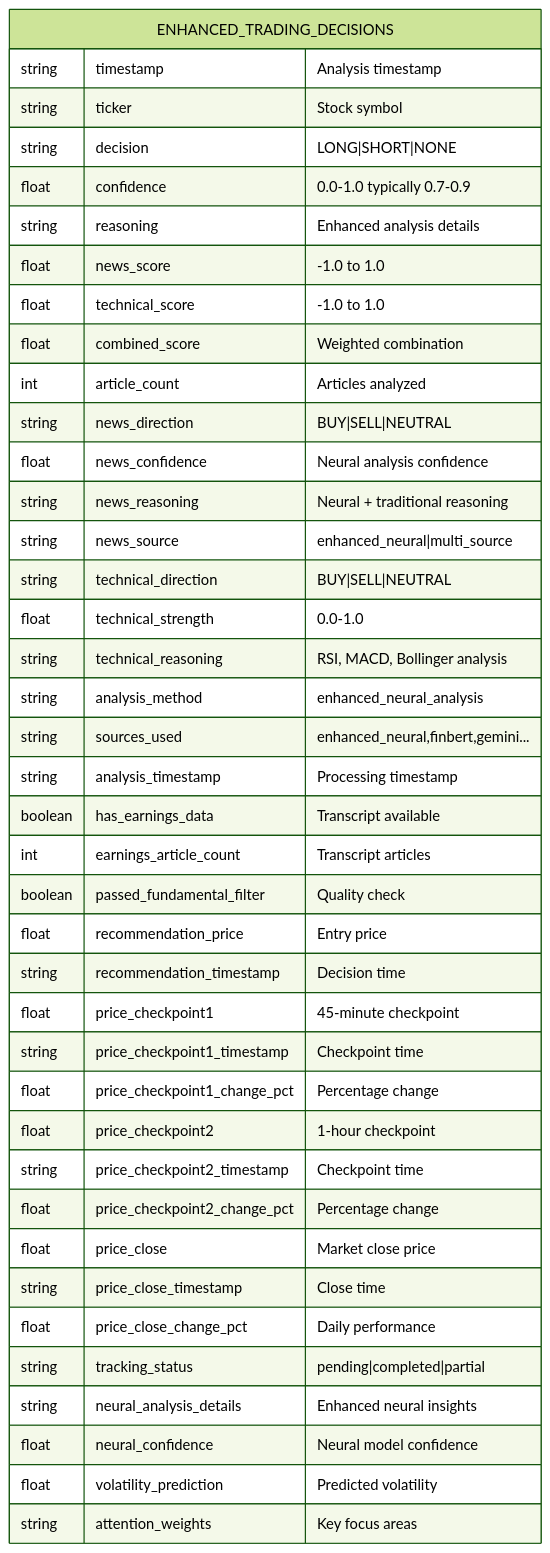
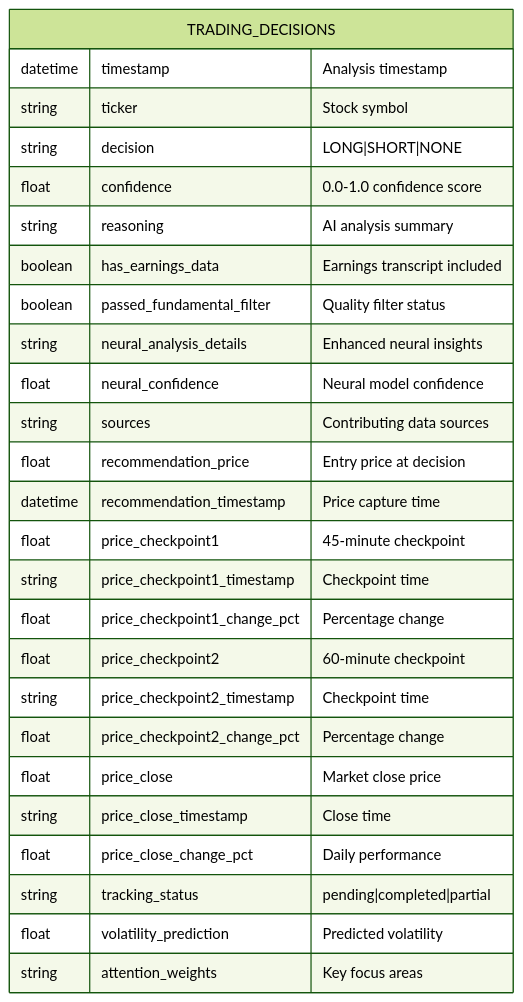
Before and after one commit to jaygasi/news_analyzer: diagram 17 of 18 in news_cruncher/README.md, drawn with Mermaid (forest theme). The commit also changed other lines of this file, not shown here.

````diff
--- a/news_cruncher/README.md
+++ b/news_cruncher/README.md
@@ -644,50 +1057,33 @@
 ```mermaid
 erDiagram
-    ENHANCED_TRADING_DECISIONS {
-        string timestamp "Analysis timestamp"
+    TRADING_DECISIONS {
+        datetime timestamp "Analysis timestamp"
         string ticker "Stock symbol"
         string decision "LONG|SHORT|NONE"
-        float confidence "0.0-1.0 typically 0.7-0.9"
-        string reasoning "Enhanced analysis details"
+        float confidence "0.0-1.0 confidence score"
+        string reasoning "AI analysis summary"
         
-        float news_score "-1.0 to 1.0"
-        float technical_score "-1.0 to 1.0" 
-        float combined_score "Weighted combination"
-        int article_count "Articles analyzed"
+        boolean has_earnings_data "Earnings transcript included"
+        boolean passed_fundamental_filter "Quality filter status"
+        string neural_analysis_details "Enhanced neural insights"
+        float neural_confidence "Neural model confidence"
+        string sources "Contributing data sources"
         
-        string news_direction "BUY|SELL|NEUTRAL"
-        float news_confidence "Neural analysis confidence"
-        string news_reasoning "Neural + traditional reasoning"
-        string news_source "enhanced_neural|multi_source"
+        float recommendation_price "Entry price at decision"
+        datetime recommendation_timestamp "Price capture time"
         
-        string technical_direction "BUY|SELL|NEUTRAL"
-        float technical_strength "0.0-1.0"
-        string technical_reasoning "RSI, MACD, Bollinger analysis"
-        
-        string analysis_method "enhanced_neural_analysis"
-        string sources_used "enhanced_neural,finbert,gemini..."
-        string analysis_timestamp "Processing timestamp"
-        
-        boolean has_earnings_data "Transcript available"
-        int earnings_article_count "Transcript articles"
-        boolean passed_fundamental_filter "Quality check"
-        
-        float recommendation_price "Entry price"
-        string recommendation_timestamp "Decision time"
         float price_checkpoint1 "45-minute checkpoint"
         string price_checkpoint1_timestamp "Checkpoint time"
         float price_checkpoint1_change_pct "Percentage change"
-        float price_checkpoint2 "1-hour checkpoint"
+        float price_checkpoint2 "60-minute checkpoint"
         string price_checkpoint2_timestamp "Checkpoint time"
         float price_checkpoint2_change_pct "Percentage change"
         float price_close "Market close price"
         string price_close_timestamp "Close time"
         float price_close_change_pct "Daily performance"
         string tracking_status "pending|completed|partial"
         
-        string neural_analysis_details "Enhanced neural insights"
-        float neural_confidence "Neural model confidence"
         float volatility_prediction "Predicted volatility"
         string attention_weights "Key focus areas"
     }
 ```
````
